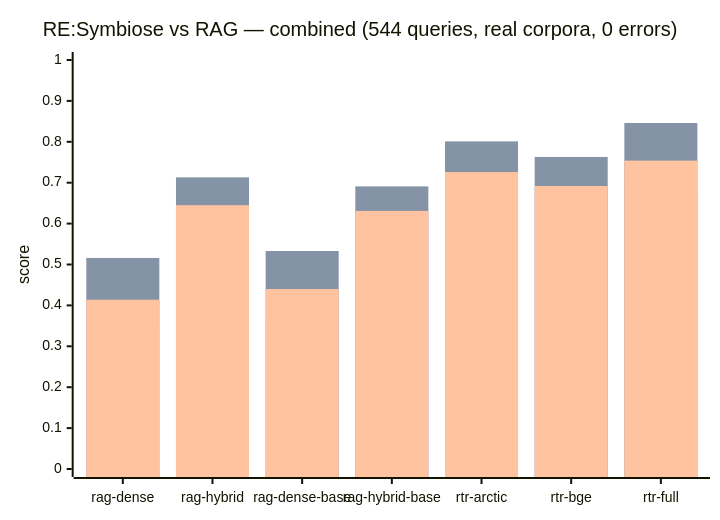
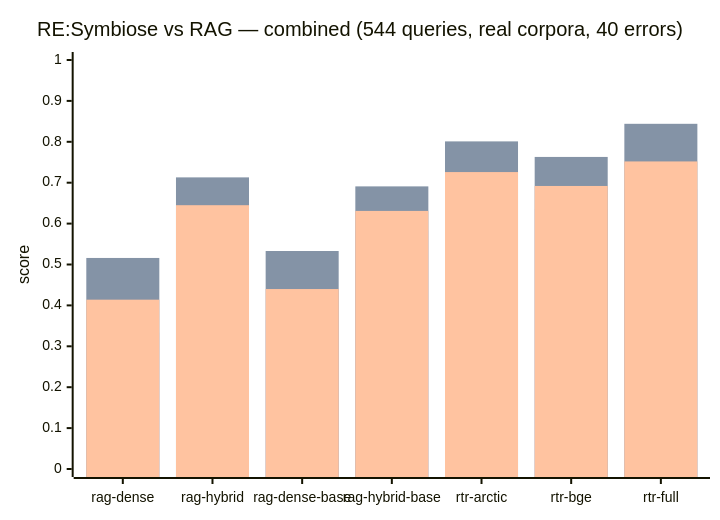
The diagram in eval/versus.mmd (Nova-Violet-Role/RTR-RE), drawn with Mermaid before and after one commit. The commit also changed 5 other files, not shown here.

```diff
--- a/eval/versus.mmd
+++ b/eval/versus.mmd
@@ -1,9 +1,9 @@
 %% SPDX-FileCopyrightText: Nova-Violet Role ORG
 %% SPDX-License-Identifier: EUPL-1.2 OR AGPL-3.0-or-later
 xychart-beta
-    title "RE:Symbiose vs RAG — combined (544 queries, real corpora, 0 errors)"
+    title "RE:Symbiose vs RAG — combined (544 queries, real corpora, 40 errors)"
     x-axis ["rag-dense", "rag-hybrid", "rag-dense-base", "rag-hybrid-base", "rtr-arctic", "rtr-bge", "rtr-full"]
     y-axis "score" 0 --> 1
-    bar "R@1" [0.335, 0.590, 0.364, 0.583, 0.671, 0.636, 0.686]
-    bar "R@3" [0.516, 0.713, 0.533, 0.691, 0.801, 0.763, 0.846]
-    bar "MRR" [0.414, 0.645, 0.440, 0.631, 0.726, 0.692, 0.754]
+    bar "R@1" [0.333, 0.590, 0.364, 0.583, 0.671, 0.636, 0.684]
+    bar "R@3" [0.516, 0.713, 0.533, 0.691, 0.801, 0.763, 0.844]
+    bar "MRR" [0.414, 0.645, 0.440, 0.631, 0.726, 0.692, 0.752]
```
